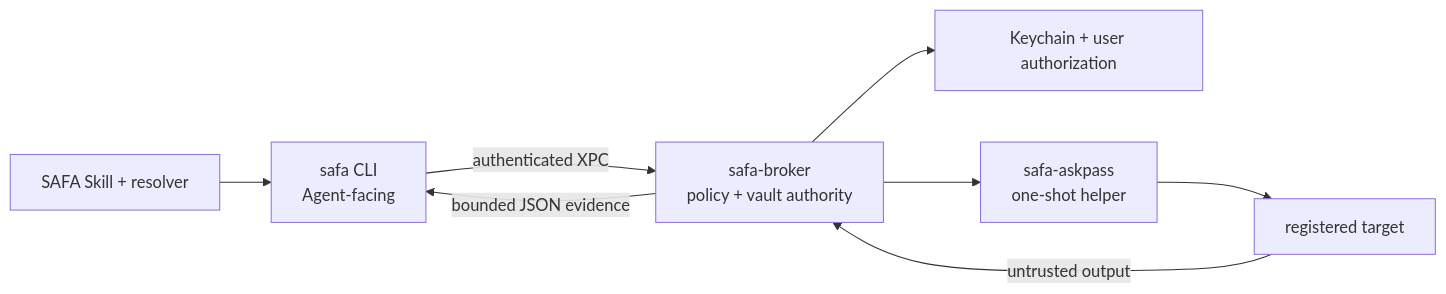
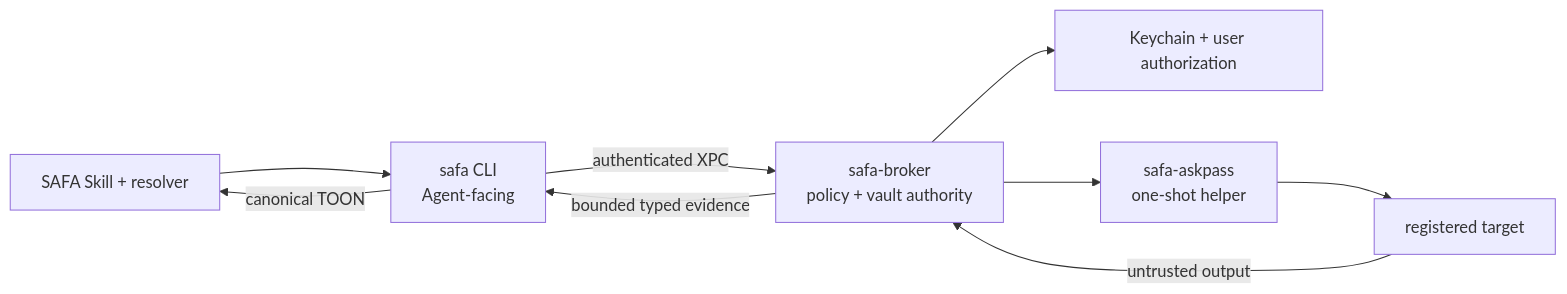
The diagram in README.md (juju-w/safa-runtime), drawn with Mermaid before and after one commit. The commit also changed other lines of this file and 79 other files, not shown here.

Commit message:
feat(cli): implement AXI TOON v2 output

````diff
--- a/README.md
+++ b/README.md
@@ -31,10 +33,11 @@
 ```mermaid
 flowchart LR
     Skill["SAFA Skill + resolver"] --> CLI["safa CLI\nAgent-facing"]
     CLI -->|"authenticated XPC"| Broker["safa-broker\npolicy + vault authority"]
     Broker --> Keychain["Keychain + user authorization"]
     Broker --> AskPass["safa-askpass\none-shot helper"]
     AskPass --> Target["registered target"]
     Target -->|"untrusted output"| Broker
-    Broker -->|"bounded JSON evidence"| CLI
+    Broker -->|"bounded typed evidence"| CLI
+    CLI -->|"canonical TOON"| Skill
 ```
````
